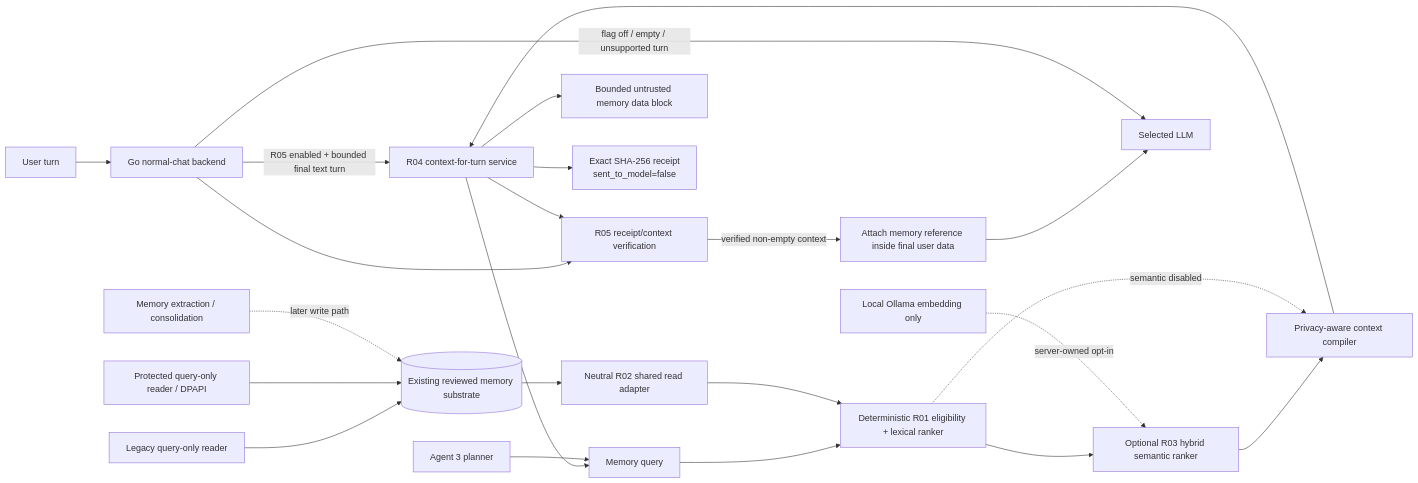
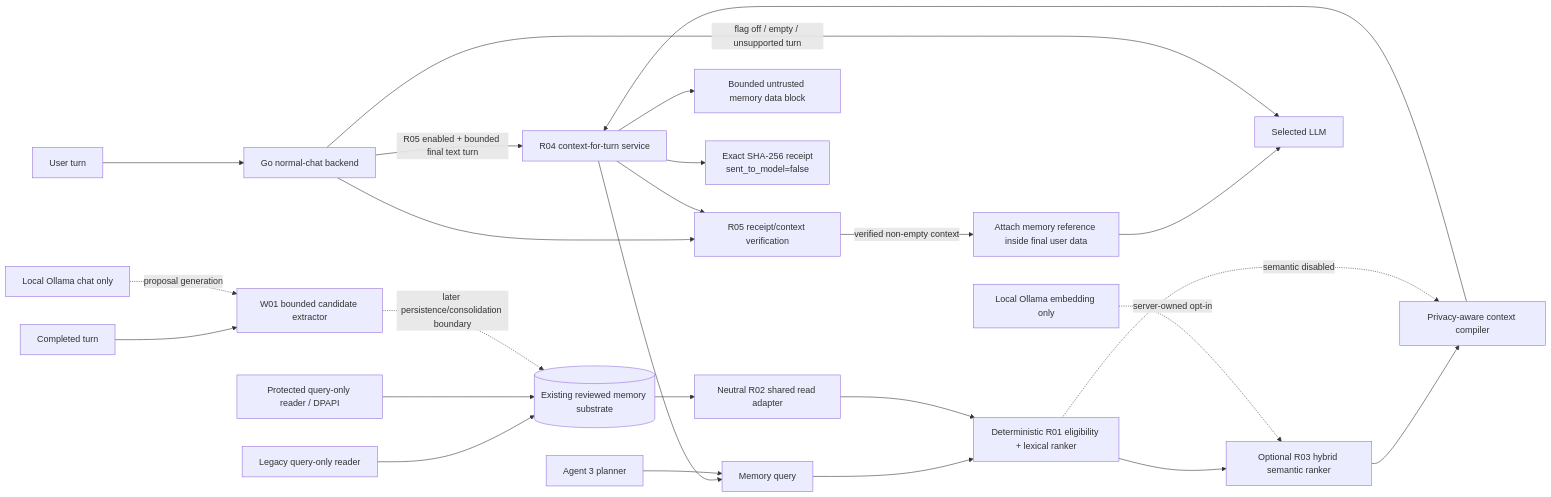
Before and after one commit to Ternedal/ModelRig: the diagram in docs/memory/MEMORY_4.md, drawn with Mermaid. The commit also changed other lines of this file, not shown here.

Commit message:
docs(memory): define W01 extraction authority boundary

````diff
--- a/docs/memory/MEMORY_4.md
+++ b/docs/memory/MEMORY_4.md
@@ -33,26 +38,28 @@
 ```mermaid
 flowchart LR
     U[User turn] --> GO[Go normal-chat backend]
     GO -->|R05 enabled + bounded final text turn| R04[R04 context-for-turn service]
     R04 --> Q[Memory query]
     Q --> R[Deterministic R01 eligibility + lexical ranker]
     S[(Existing reviewed memory substrate)] --> A[Neutral R02 shared read adapter]
     A --> R
     R --> H[Optional R03 hybrid semantic ranker]
     O[Local Ollama embedding only] -. server-owned opt-in .-> H
     H --> C[Privacy-aware context compiler]
     R -. semantic disabled .-> C
     C --> R04
     R04 --> B[Bounded untrusted memory data block]
     R04 --> RCPT[Exact SHA-256 receipt\nsent_to_model=false]
     GO --> V[R05 receipt/context verification]
     R04 --> V
     V -->|verified non-empty context| I[Attach memory reference inside final user data]
     I --> L[Selected LLM]
     GO -->|flag off / empty / unsupported turn| L
 
     LEG[Legacy query-only reader] --> S
     PROT[Protected query-only reader / DPAPI] --> S
     A3[Agent 3 planner] --> Q
-    X[Memory extraction / consolidation] -. later write path .-> S
+    T[Completed turn] --> W01[W01 bounded candidate extractor]
+    LO[Local Ollama chat only] -. proposal generation .-> W01
+    W01 -. later persistence/consolidation boundary .-> S
 ```
````
